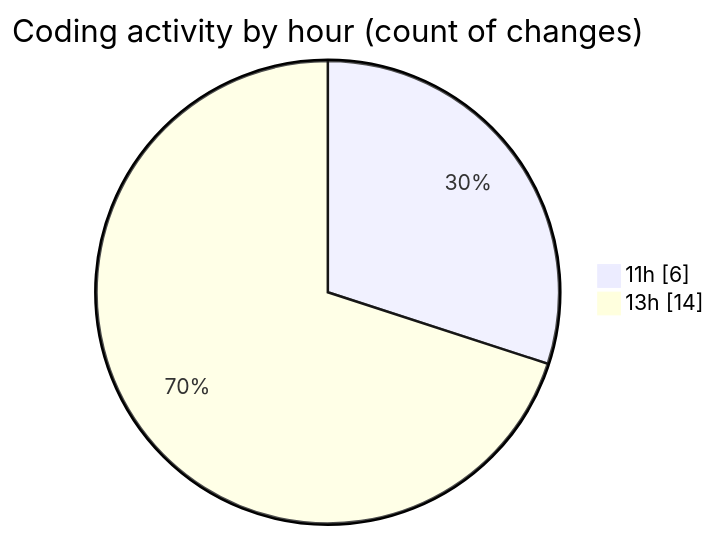
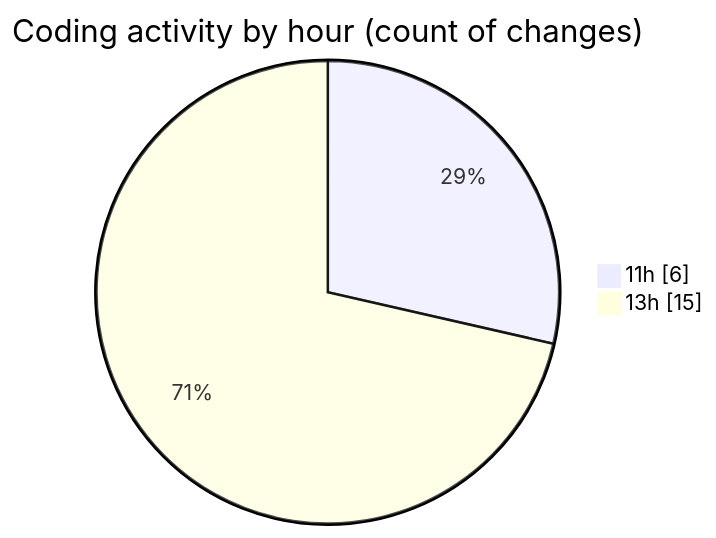
One commit to LanceThiago/code-tracking changed the second of 2 diagrams in 2025-04-24/enre_-_calculadora_de_consumo_v_2022_files/README.md. Above: the diagram before and after it, drawn with Mermaid. The commit also changed other lines of this file and 1 other file, not shown here.

````diff
--- a/2025-04-24/enre_-_calculadora_de_consumo_v_2022_files/README.md
+++ b/2025-04-24/enre_-_calculadora_de_consumo_v_2022_files/README.md
@@ -32,6 +32,6 @@
 ```mermaid
 pie showData
 title Coding activity by hour (count of changes)
 "11h" : 6
-"13h" : 14
+"13h" : 15
 ```
````
